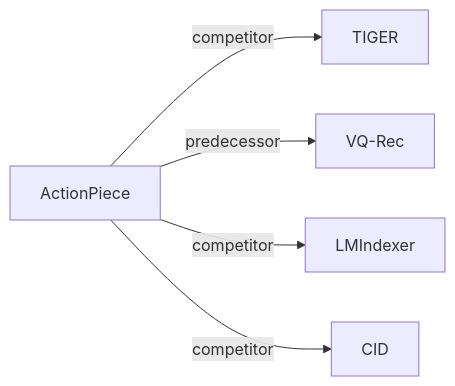
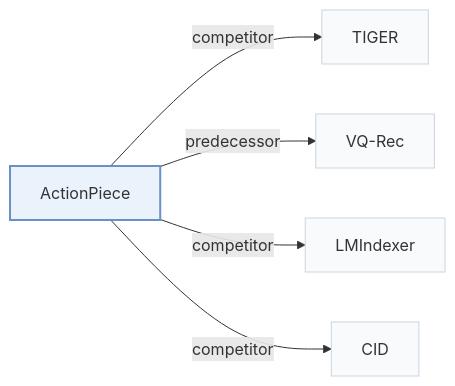
One commit to Galaxy-ghost/Awesome-SID-Generative-Rec changed the third of 3 diagrams in pages/papers/actionpiece.md. Above: the diagram before and after it, drawn with Mermaid. The commit also changed other lines of this file and 649 other files, not shown here.

Commit message:
writer-05: also tags and modality index (schema, check, build, visuals); summary field removed; calibration data for 12 papers

````diff
--- a/pages/papers/actionpiece.md
+++ b/pages/papers/actionpiece.md
@@ -125,8 +149,12 @@
 ```mermaid
 flowchart LR
     P["ActionPiece"]
-    P -->|competitor| A["TIGER"]
-    P -->|predecessor| B["VQ-Rec"]
-    P -->|competitor| C["LMIndexer"]
-    P -->|competitor| D["CID"]
+    P -->|"competitor"| A["TIGER"]
+    P -->|"predecessor"| B["VQ-Rec"]
+    P -->|"competitor"| C["LMIndexer"]
+    P -->|"competitor"| D["CID"]
+    classDef main fill:#eaf2fb,stroke:#6b8fc7,stroke-width:2px
+    classDef peer fill:#f8fafc,stroke:#cbd5e1
+    class P main
+    class A,B,C,D peer
 ```
````
